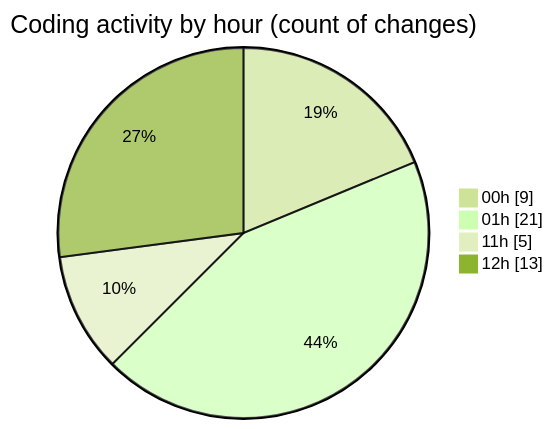
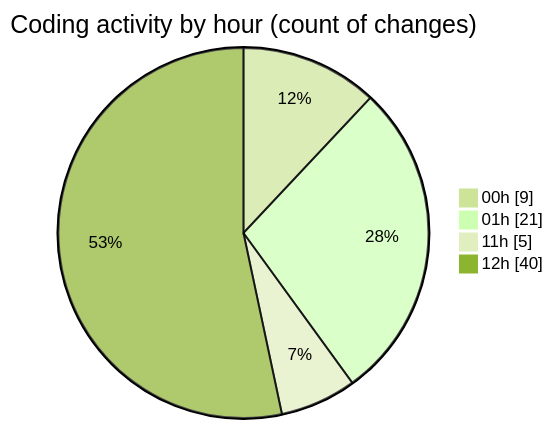
The second of 2 diagrams in 2025-10-25/javacript/README.md (nxtqubesakshisongat/code-tracking), drawn with Mermaid (forest theme) before and after one commit. The commit also changed other lines of this file and 1 other file, not shown here.

````diff
--- a/2025-10-25/javacript/README.md
+++ b/2025-10-25/javacript/README.md
@@ -28,8 +31,8 @@
 ```mermaid
 pie showData
 title Coding activity by hour (count of changes)
 "00h" : 9
 "01h" : 21
 "11h" : 5
-"12h" : 13
+"12h" : 40
 ```
````
